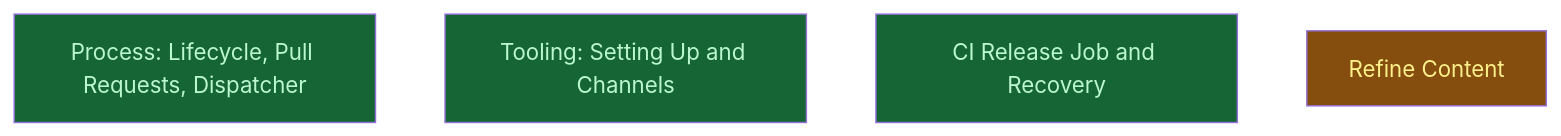
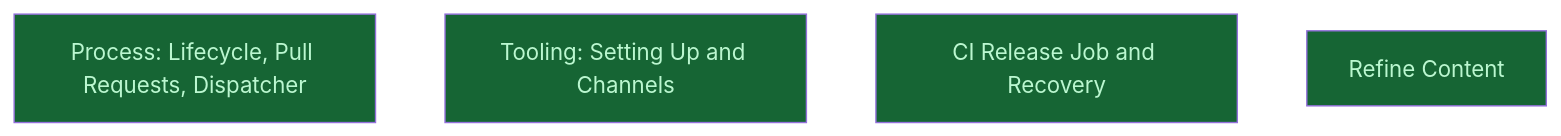
The diagram in __roadmap__/writing-release-rework/author/README.md (CrackingShells/cracking-shells-playbook), drawn with Mermaid before and after one commit. The commit also changed other lines of this file and 7 other files, not shown here.

````diff
--- a/__roadmap__/writing-release-rework/author/README.md
+++ b/__roadmap__/writing-release-rework/author/README.md
@@ -23,12 +23,12 @@
 ```mermaid
 graph TD
     process[Process: Lifecycle, Pull Requests, Dispatcher]:::done
     tooling[Tooling: Setting Up and Channels]:::done
     ci_and_recovery[CI Release Job and Recovery]:::done
-    refine[Refine Content]:::inprogress
+    refine[Refine Content]:::done
     classDef done       fill:#166534,color:#bbf7d0
     classDef inprogress fill:#854d0e,color:#fef08a
     classDef planned    fill:#374151,color:#e5e7eb
     classDef amendment  fill:#1e3a5f,color:#bfdbfe
     classDef blocked    fill:#7f1d1d,color:#fecaca
 ```
````
